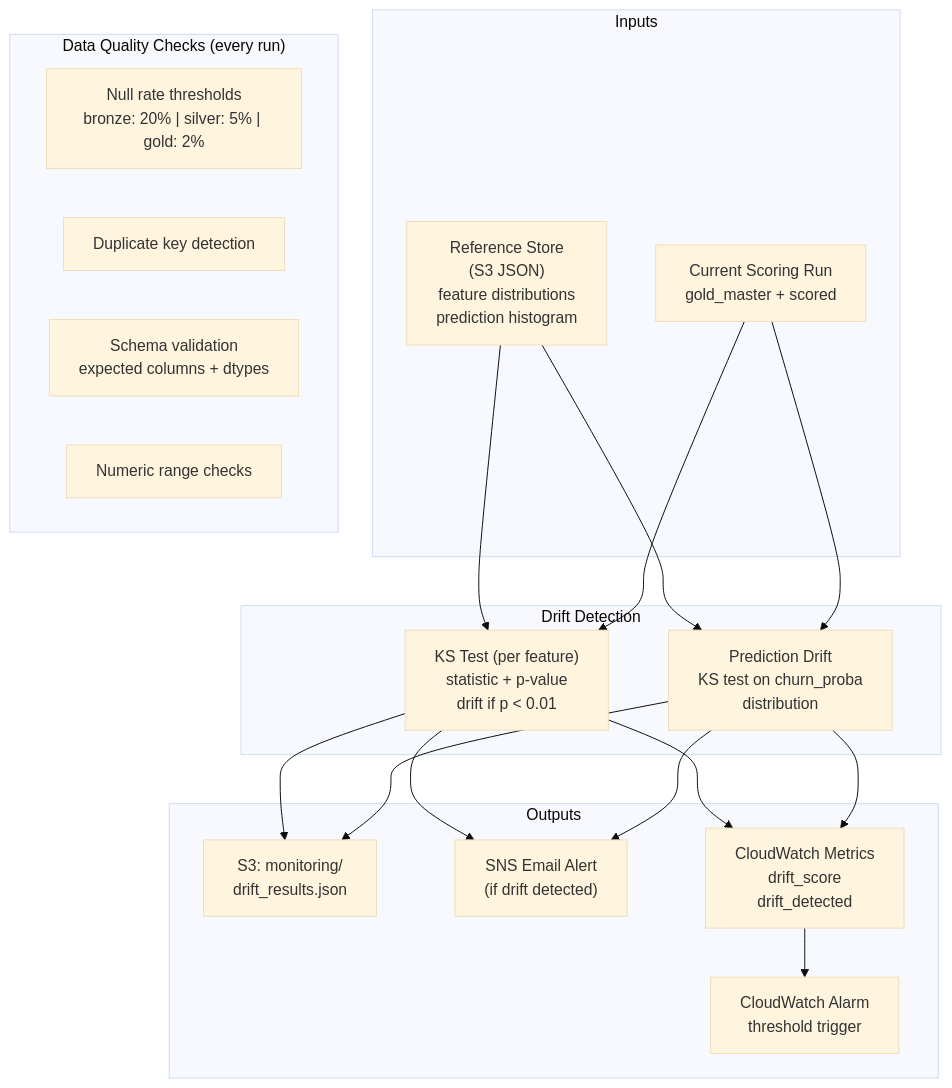
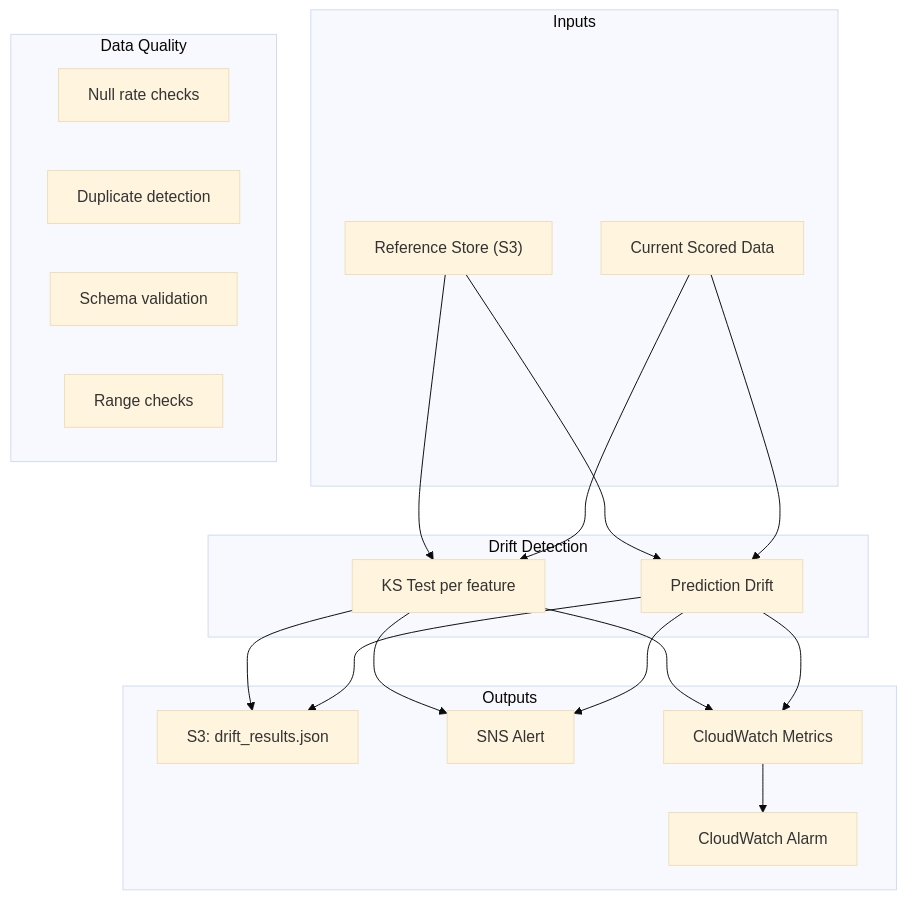
One commit to rawad-yared/bcgx-spanishgas-g1 changed the fifth of 8 diagrams in README.md. Above: the diagram before and after it, drawn with Mermaid (base theme). The commit also changed other lines of this file, not shown here.

First line of the commit message:
Shorten Mermaid diagram labels to prevent text clipping

````diff
--- a/README.md
+++ b/README.md
@@ -280,31 +291,31 @@
 ```mermaid
 graph TD
     subgraph Inputs
-        REF["Reference Store<br/>(S3 JSON)<br/>feature distributions<br/>prediction histogram"]
-        SCORED["Current Scoring Run<br/>gold_master + scored"]
+        REF["Reference Store (S3)"]
+        SCORED["Current Scored Data"]
     end
 
     subgraph Detection["Drift Detection"]
-        KS["KS Test (per feature)<br/>statistic + p-value<br/>drift if p < 0.01"]
-        PRED["Prediction Drift<br/>KS test on churn_proba<br/>distribution"]
+        KS["KS Test per feature"]
+        PRED["Prediction Drift"]
     end
 
     subgraph Outputs
-        S3D["S3: monitoring/<br/>drift_results.json"]
-        SNS_A["SNS Email Alert<br/>(if drift detected)"]
-        CW_M["CloudWatch Metrics<br/>drift_score<br/>drift_detected"]
-        CW_A["CloudWatch Alarm<br/>threshold trigger"]
+        S3D["S3: drift_results.json"]
+        SNS_A["SNS Alert"]
+        CW_M["CloudWatch Metrics"]
+        CW_A["CloudWatch Alarm"]
     end
 
-    subgraph Quality["Data Quality Checks (every run)"]
-        NR["Null rate thresholds<br/>bronze: 20% | silver: 5% | gold: 2%"]
-        DK["Duplicate key detection"]
-        SV["Schema validation<br/>expected columns + dtypes"]
-        RC["Numeric range checks"]
+    subgraph Quality["Data Quality"]
+        NR["Null rate checks"]
+        DK["Duplicate detection"]
+        SV["Schema validation"]
+        RC["Range checks"]
     end
 
     REF & SCORED --> KS & PRED
     KS & PRED --> S3D
     KS & PRED --> SNS_A
     KS & PRED --> CW_M --> CW_A
 ```
````
